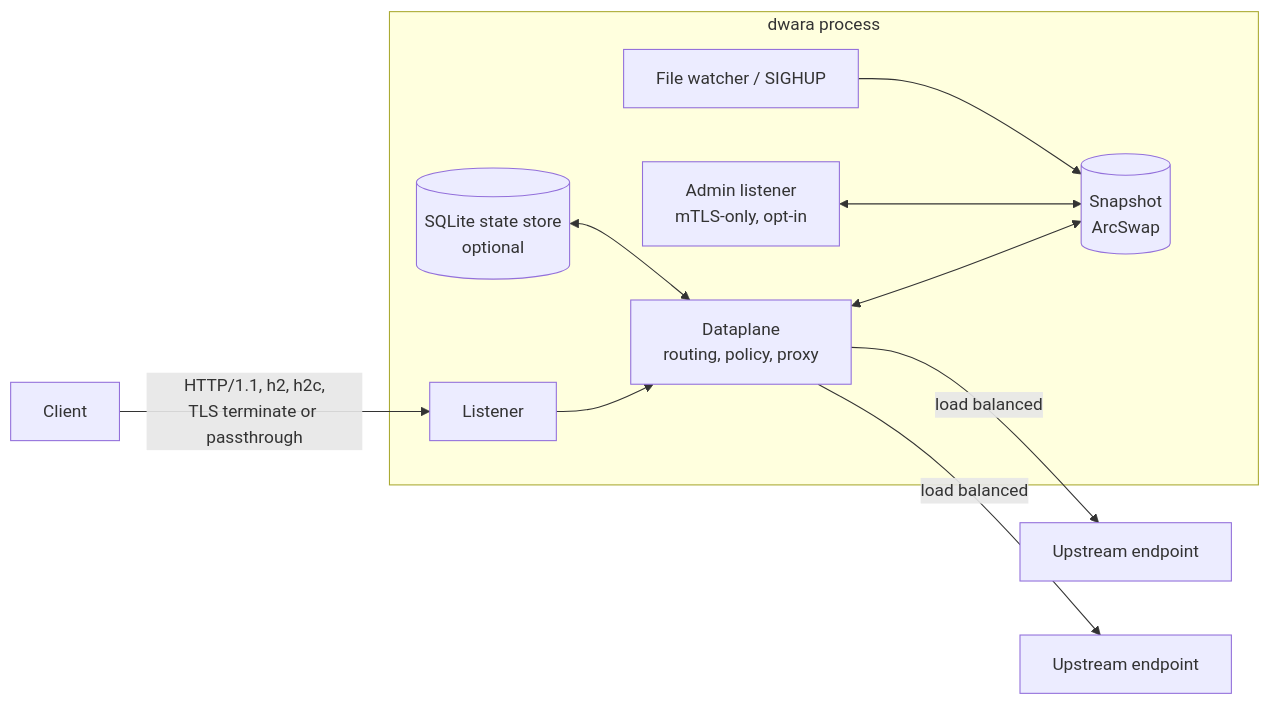
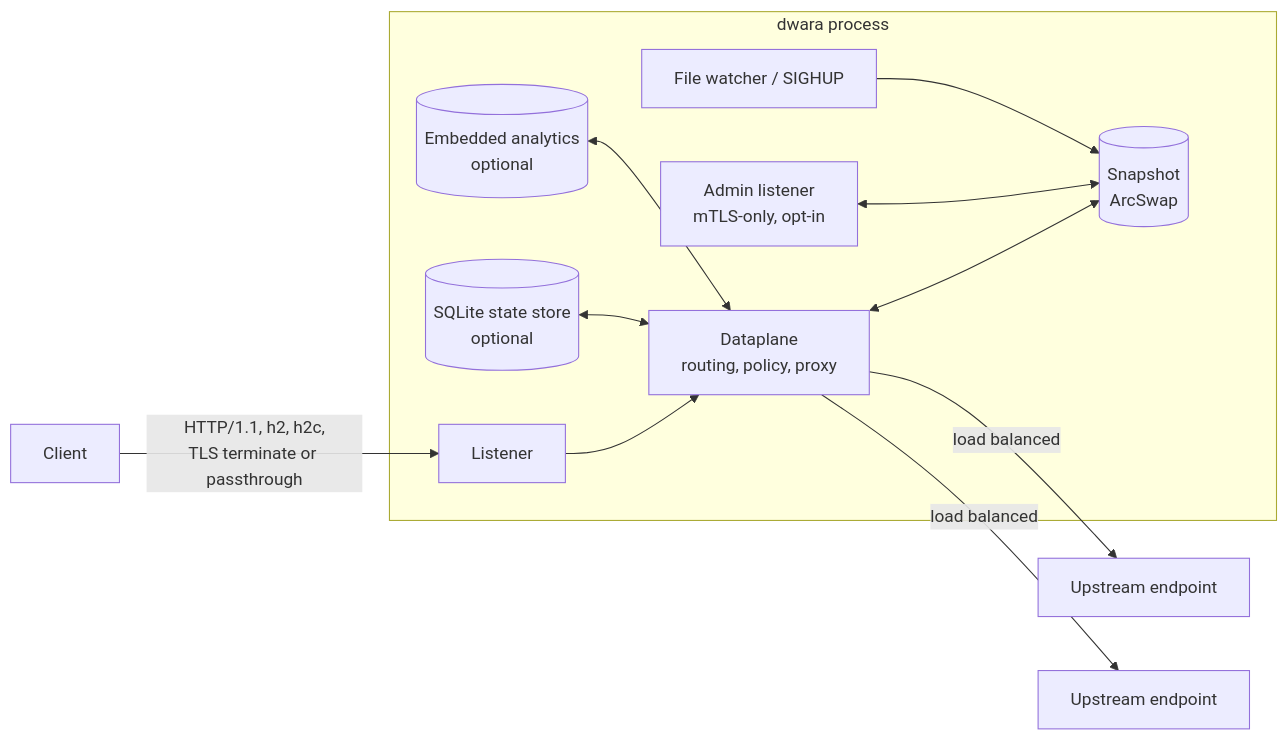
The first of 5 diagrams in docs-site/architecture/overview.md (ShristiLabs/dwara), drawn with Mermaid before and after one commit. The commit also changed other lines of this file and 4 other files, not shown here.

````diff
--- a/docs-site/architecture/overview.md
+++ b/docs-site/architecture/overview.md
@@ -12,13 +38,14 @@
 ```mermaid
 flowchart LR
     Client -->|HTTP/1.1, h2, h2c,\nTLS terminate or passthrough| Listener
     subgraph Gateway [dwara process]
         Listener --> Dataplane[Dataplane\nrouting, policy, proxy]
         Dataplane <--> Snapshot[(Snapshot\nArcSwap)]
         Admin[Admin listener\nmTLS-only, opt-in] <--> Snapshot
         Reload[File watcher / SIGHUP] --> Snapshot
         Store[(SQLite state store\noptional)] <--> Dataplane
+        Analytics[(Embedded analytics\noptional)] <--> Dataplane
     end
     Dataplane -->|load balanced| Upstream1[Upstream endpoint]
     Dataplane -->|load balanced| Upstream2[Upstream endpoint]
 ```
````
